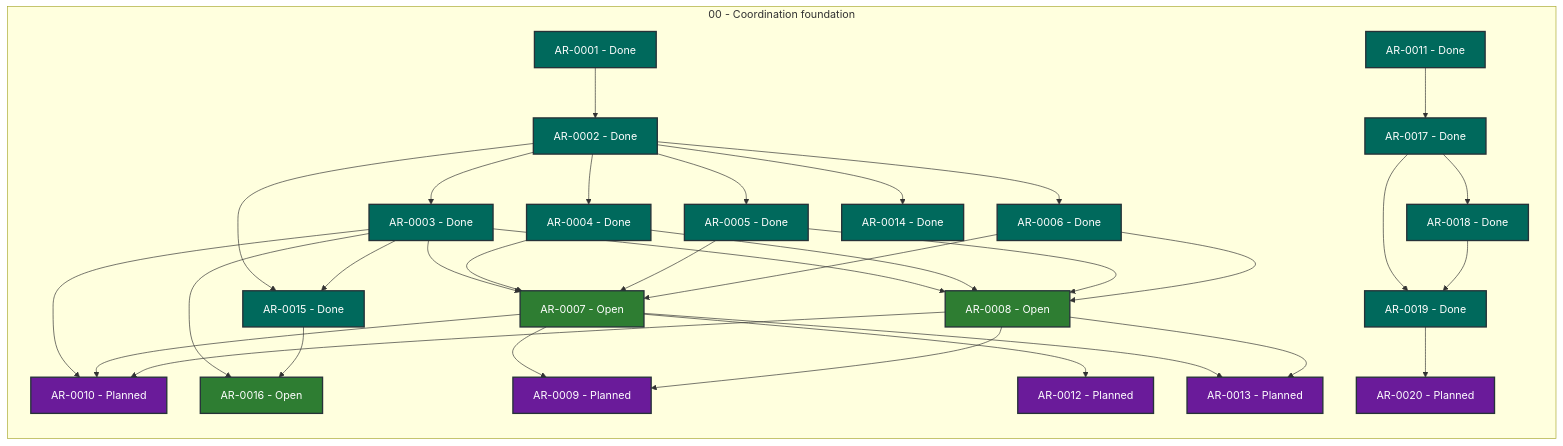
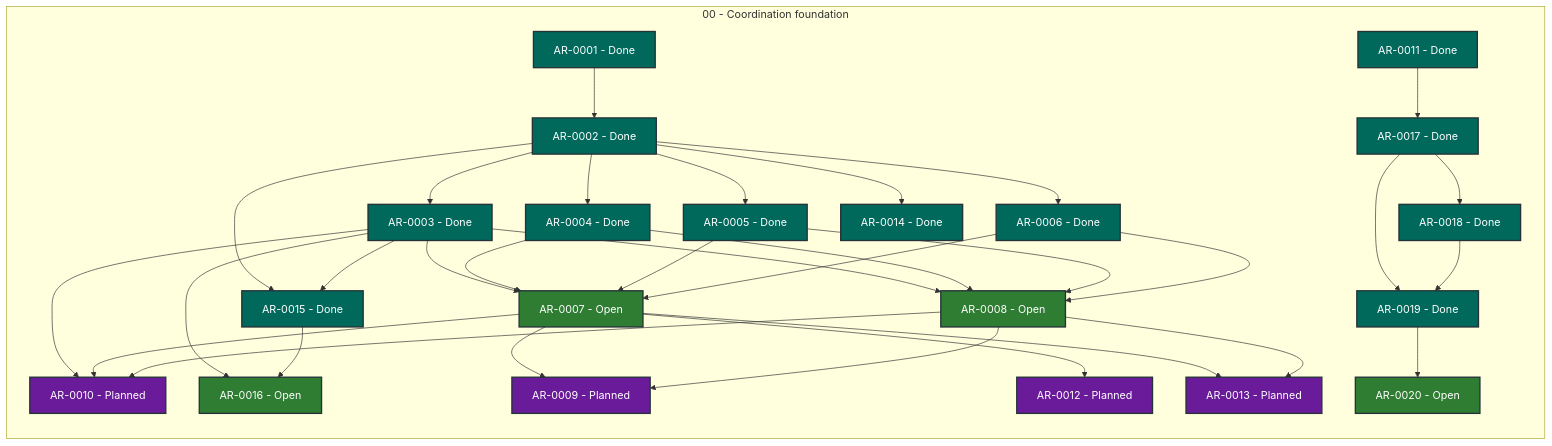
The diagram in STATUS.md (martin-beck/agent-workflow-coordinator-state), drawn with Mermaid before and after one commit. The commit also changed other lines of this file and 2 other files, not shown here.

````diff
--- a/STATUS.md
+++ b/STATUS.md
@@ -27,65 +27,65 @@
 ```mermaid
 flowchart LR
     subgraph series_00["00 - Coordination foundation"]
         direction TB
         AR_0001["AR-0001 - Done"]:::status_done
         AR_0002["AR-0002 - Done"]:::status_done
         AR_0003["AR-0003 - Done"]:::status_done
         AR_0004["AR-0004 - Done"]:::status_done
         AR_0005["AR-0005 - Done"]:::status_done
         AR_0006["AR-0006 - Done"]:::status_done
         AR_0007["AR-0007 - Open"]:::status_open
         AR_0008["AR-0008 - Open"]:::status_open
         AR_0009["AR-0009 - Planned"]:::status_planned
         AR_0010["AR-0010 - Planned"]:::status_planned
         AR_0011["AR-0011 - Done"]:::status_done
         AR_0012["AR-0012 - Planned"]:::status_planned
         AR_0013["AR-0013 - Planned"]:::status_planned
         AR_0014["AR-0014 - Done"]:::status_done
         AR_0015["AR-0015 - Done"]:::status_done
         AR_0016["AR-0016 - Open"]:::status_open
         AR_0017["AR-0017 - Done"]:::status_done
         AR_0018["AR-0018 - Done"]:::status_done
         AR_0019["AR-0019 - Done"]:::status_done
-        AR_0020["AR-0020 - Planned"]:::status_planned
+        AR_0020["AR-0020 - Open"]:::status_open
     end
     AR_0001 --> AR_0002
     AR_0002 --> AR_0003
     AR_0002 --> AR_0004
     AR_0002 --> AR_0005
     AR_0002 --> AR_0006
     AR_0002 --> AR_0014
     AR_0002 --> AR_0015
     AR_0003 --> AR_0007
     AR_0003 --> AR_0008
     AR_0003 --> AR_0010
     AR_0003 --> AR_0015
     AR_0003 --> AR_0016
     AR_0004 --> AR_0007
     AR_0004 --> AR_0008
     AR_0005 --> AR_0007
     AR_0005 --> AR_0008
     AR_0006 --> AR_0007
     AR_0006 --> AR_0008
     AR_0007 --> AR_0009
     AR_0007 --> AR_0010
     AR_0007 --> AR_0012
     AR_0007 --> AR_0013
     AR_0008 --> AR_0009
     AR_0008 --> AR_0010
     AR_0008 --> AR_0013
     AR_0011 --> AR_0017
     AR_0015 --> AR_0016
     AR_0017 --> AR_0018
     AR_0017 --> AR_0019
     AR_0018 --> AR_0019
     AR_0019 --> AR_0020
     classDef status_in_progress fill:#1565c0,color:#ffffff,stroke:#263238,stroke-width:2px
     classDef status_open fill:#2e7d32,color:#ffffff,stroke:#263238,stroke-width:2px
     classDef status_blocked fill:#c62828,color:#ffffff,stroke:#263238,stroke-width:2px
     classDef status_planned fill:#6a1b9a,color:#ffffff,stroke:#263238,stroke-width:2px
     classDef status_future fill:#455a64,color:#ffffff,stroke:#263238,stroke-width:2px
     classDef status_done fill:#00695c,color:#ffffff,stroke:#263238,stroke-width:2px
     classDef status_cancelled fill:#616161,color:#ffffff,stroke:#263238,stroke-width:2px
     classDef status_superseded fill:#5d4037,color:#ffffff,stroke:#263238,stroke-width:2px
 ```
````
